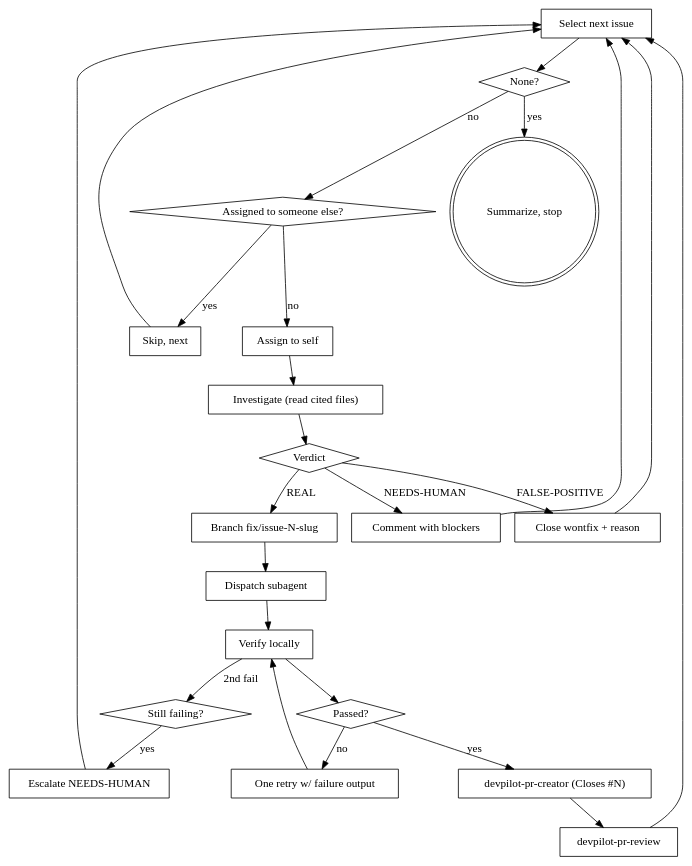
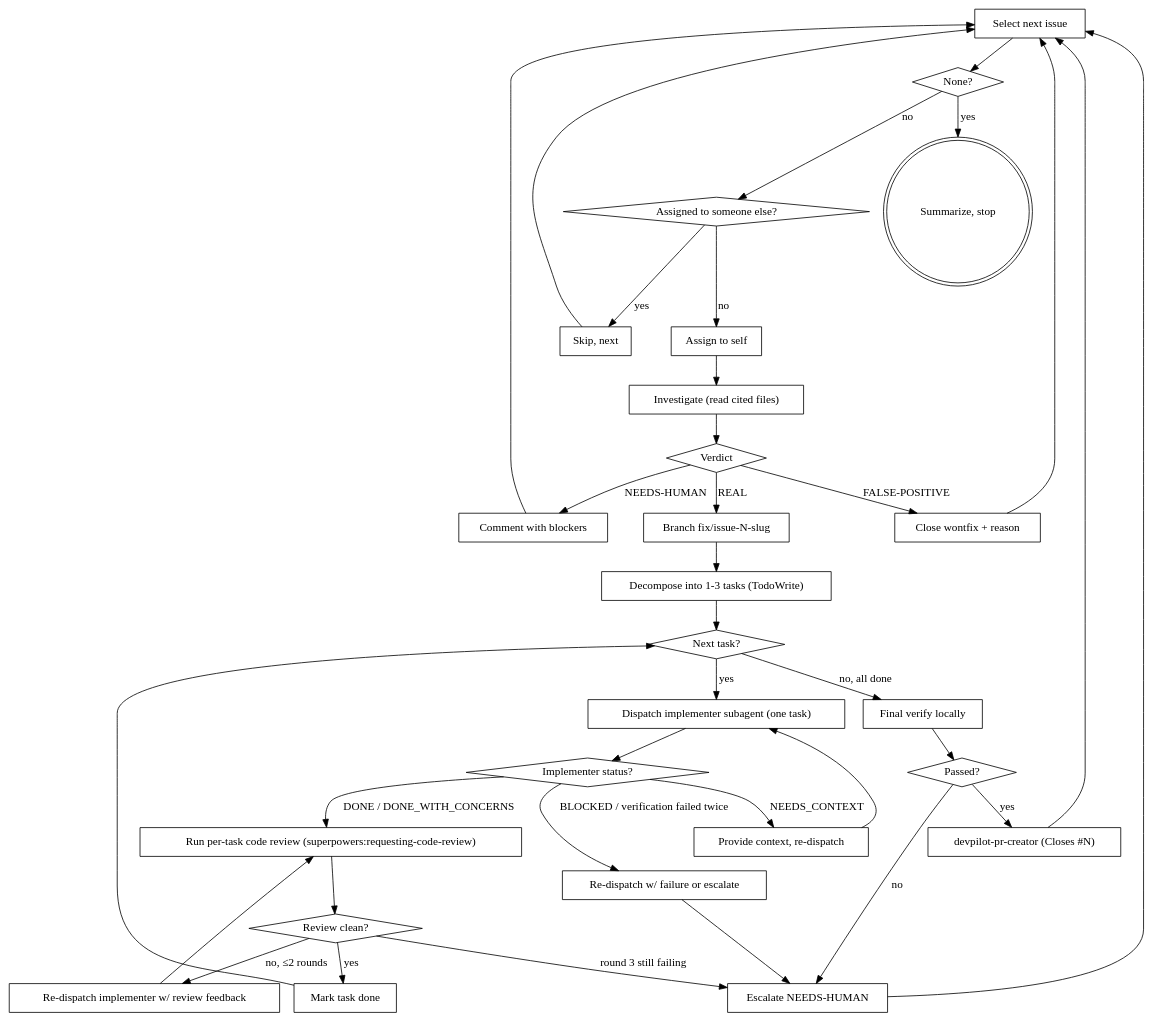
One commit to SiyuQian/devpilot changed the diagram in skills/devpilot-resolve-issues/SKILL.md. Above: the diagram before and after it, drawn with Graphviz. The commit also changed other lines of this file and 13 other files, not shown here.

First line of the commit message:
feat(skills): inline-first PR review + per-task subagents in resolve-issues (#90)

````diff
--- a/skills/devpilot-resolve-issues/SKILL.md
+++ b/skills/devpilot-resolve-issues/SKILL.md
@@ -30,48 +36,64 @@
 ```dot
 digraph resolve_loop {
   "Select next issue" [shape=box];
   "None?" [shape=diamond];
   "Summarize, stop" [shape=doublecircle];
   "Assigned to someone else?" [shape=diamond];
   "Skip, next" [shape=box];
   "Assign to self" [shape=box];
   "Investigate (read cited files)" [shape=box];
   "Verdict" [shape=diamond];
   "Close wontfix + reason" [shape=box];
   "Comment with blockers" [shape=box];
   "Branch fix/issue-N-slug" [shape=box];
-  "Dispatch subagent" [shape=box];
-  "Verify locally" [shape=box];
+  "Decompose into 1-3 tasks (TodoWrite)" [shape=box];
+  "Next task?" [shape=diamond];
+  "Dispatch implementer subagent (one task)" [shape=box];
+  "Implementer status?" [shape=diamond];
+  "Provide context, re-dispatch" [shape=box];
+  "Re-dispatch w/ failure or escalate" [shape=box];
+  "Run per-task code review (superpowers:requesting-code-review)" [shape=box];
+  "Review clean?" [shape=diamond];
+  "Re-dispatch implementer w/ review feedback" [shape=box];
+  "Mark task done" [shape=box];
+  "Final verify locally" [shape=box];
   "Passed?" [shape=diamond];
-  "One retry w/ failure output" [shape=box];
-  "Still failing?" [shape=diamond];
   "Escalate NEEDS-HUMAN" [shape=box];
   "devpilot-pr-creator (Closes #N)" [shape=box];
-  "devpilot-pr-review" [shape=box];
 
   "Select next issue" -> "None?";
   "None?" -> "Summarize, stop" [label="yes"];
   "None?" -> "Assigned to someone else?" [label="no"];
   "Assigned to someone else?" -> "Skip, next" [label="yes"];
   "Skip, next" -> "Select next issue";
   "Assigned to someone else?" -> "Assign to self" [label="no"];
   "Assign to self" -> "Investigate (read cited files)";
   "Investigate (read cited files)" -> "Verdict";
   "Verdict" -> "Close wontfix + reason" [label="FALSE-POSITIVE"];
   "Close wontfix + reason" -> "Select next issue";
   "Verdict" -> "Comment with blockers" [label="NEEDS-HUMAN"];
   "Comment with blockers" -> "Select next issue";
   "Verdict" -> "Branch fix/issue-N-slug" [label="REAL"];
-  "Branch fix/issue-N-slug" -> "Dispatch subagent";
-  "Dispatch subagent" -> "Verify locally";
-  "Verify locally" -> "Passed?";
+  "Branch fix/issue-N-slug" -> "Decompose into 1-3 tasks (TodoWrite)";
+  "Decompose into 1-3 tasks (TodoWrite)" -> "Next task?";
+  "Next task?" -> "Dispatch implementer subagent (one task)" [label="yes"];
+  "Dispatch implementer subagent (one task)" -> "Implementer status?";
+  "Implementer status?" -> "Provide context, re-dispatch" [label="NEEDS_CONTEXT"];
+  "Provide context, re-dispatch" -> "Dispatch implementer subagent (one task)";
+  "Implementer status?" -> "Re-dispatch w/ failure or escalate" [label="BLOCKED / verification failed twice"];
+  "Re-dispatch w/ failure or escalate" -> "Escalate NEEDS-HUMAN";
+  "Implementer status?" -> "Run per-task code review (superpowers:requesting-code-review)" [label="DONE / DONE_WITH_CONCERNS"];
+  "Run per-task code review (superpowers:requesting-code-review)" -> "Review clean?";
+  "Review clean?" -> "Re-dispatch implementer w/ review feedback" [label="no, ≤2 rounds"];
+  "Re-dispatch implementer w/ review feedback" -> "Run per-task code review (superpowers:requesting-code-review)";
+  "Review clean?" -> "Escalate NEEDS-HUMAN" [label="round 3 still failing"];
+  "Review clean?" -> "Mark task done" [label="yes"];
+  "Mark task done" -> "Next task?";
+  "Next task?" -> "Final verify locally" [label="no, all done"];
+  "Final verify locally" -> "Passed?";
   "Passed?" -> "devpilot-pr-creator (Closes #N)" [label="yes"];
-  "Passed?" -> "One retry w/ failure output" [label="no"];
-  "One retry w/ failure output" -> "Verify locally";
-  "Verify locally" -> "Still failing?" [label="2nd fail"];
-  "Still failing?" -> "Escalate NEEDS-HUMAN" [label="yes"];
+  "Passed?" -> "Escalate NEEDS-HUMAN" [label="no"];
   "Escalate NEEDS-HUMAN" -> "Select next issue";
-  "devpilot-pr-creator (Closes #N)" -> "devpilot-pr-review";
-  "devpilot-pr-review" -> "Select next issue";
+  "devpilot-pr-creator (Closes #N)" -> "Select next issue";
 }
 ```
````
